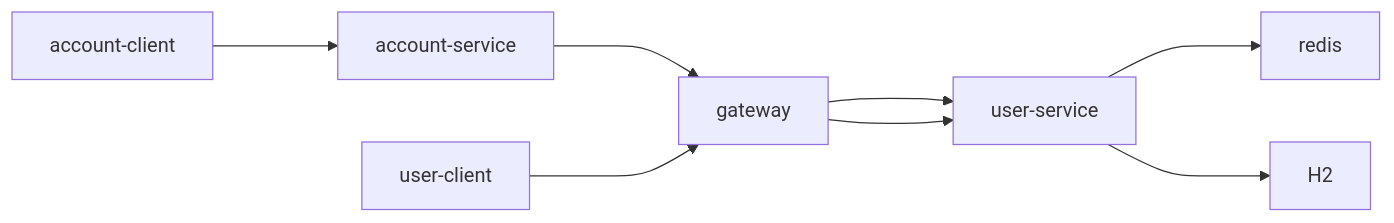
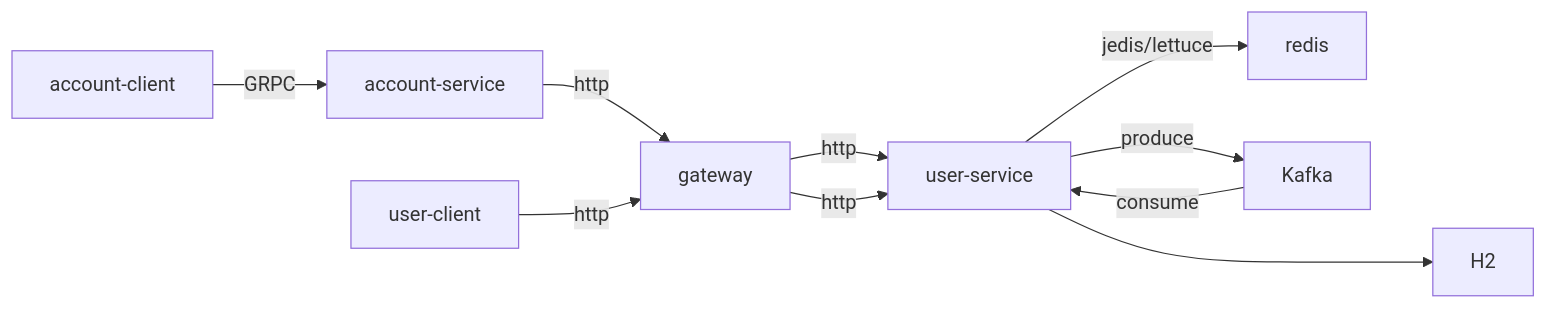
The diagram in README.md (FrankChen021/bithon-demo), drawn with Mermaid before and after one commit. The commit also changed 3 other files, not shown here.

Commit message:
Use Jedis and Lettuce in one project

````diff
--- a/README.md
+++ b/README.md
@@ -7,7 +7,8 @@
 ```mermaid
 flowchart LR
-    account-client ---> account-service ---> gateway ---> user-service
-    user-client ---> gateway ---> user-service
-    user-service ---> redis
+    account-client --GRPC--> account-service --http--> gateway --http--> user-service
+    user-client --http--> gateway --http--> user-service
+    user-service --jedis/lettuce--> redis
+    user-service --produce--> Kafka --consume--> user-service
     user-service ---> H2
 ```
````
